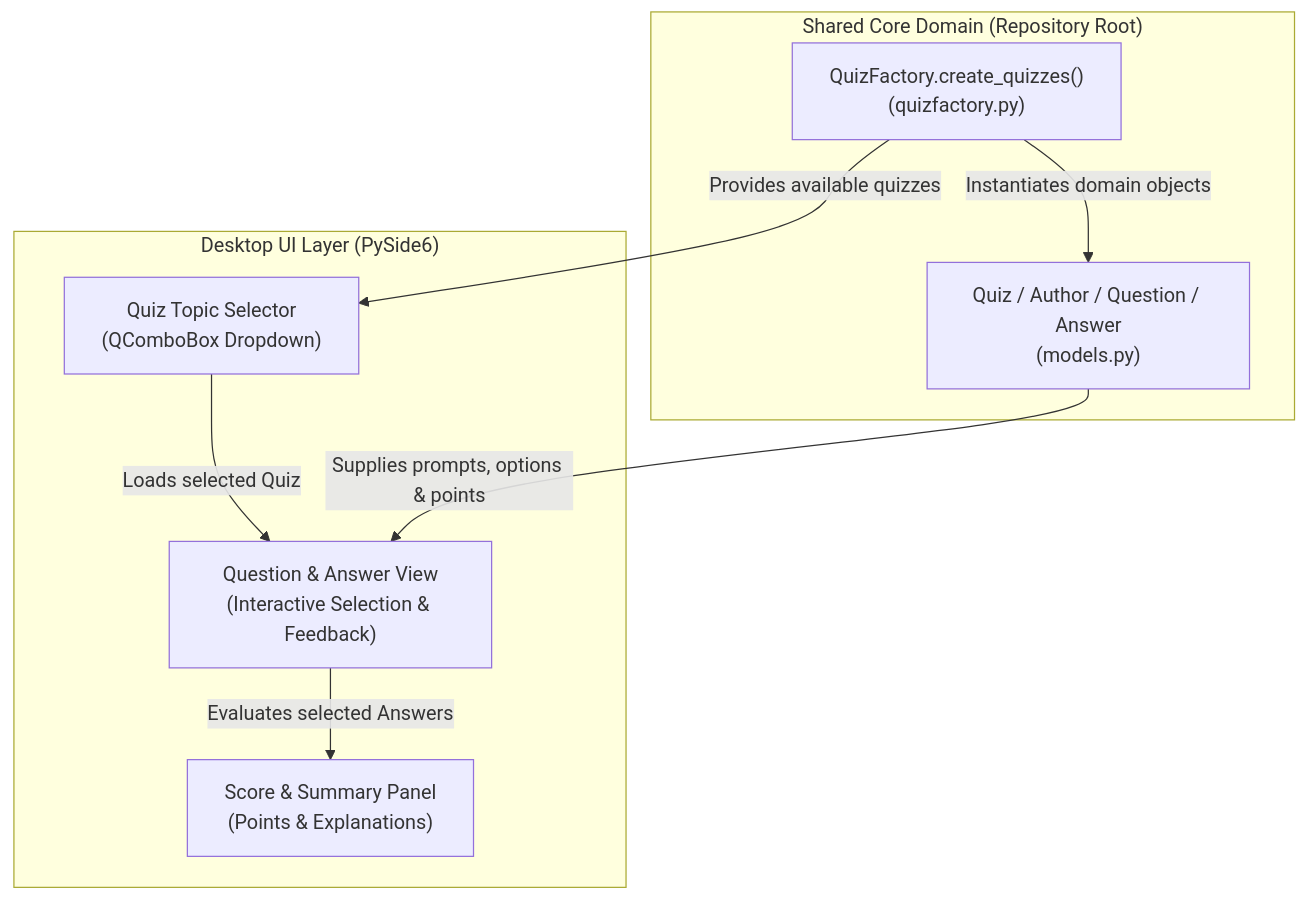
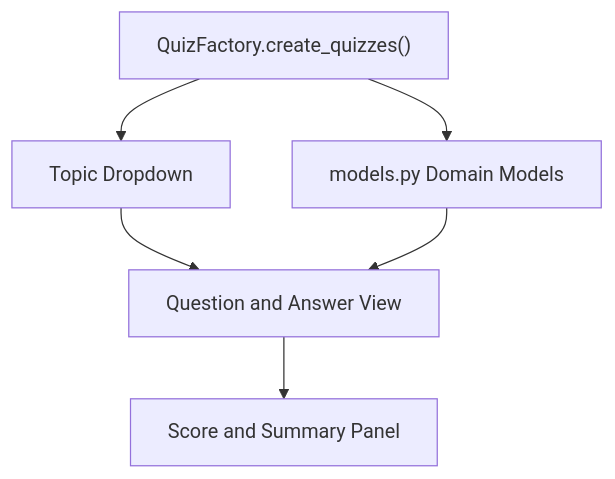
The second of 2 diagrams in readme.md (genericWorker/quiz_project), drawn with Mermaid before and after one commit. The commit also changed other lines of this file and 3 other files, not shown here.

````diff
--- a/readme.md
+++ b/readme.md
@@ -145,19 +121,8 @@
 ```mermaid
 flowchart TB
-    subgraph UI["Desktop UI Layer (PySide6)"]
-        SELECTOR["Quiz Topic Selector<br/>(QComboBox Dropdown)"]
-        VIEW["Question & Answer View<br/>(Interactive Selection & Feedback)"]
-        SCORE["Score & Summary Panel<br/>(Points & Explanations)"]
-    end
-
-    subgraph DOMAIN["Shared Core Domain (Repository Root)"]
-        FACTORY["QuizFactory.create_quizzes()<br/>(quizfactory.py)"]
-        MODELS["Quiz / Author / Question / Answer<br/>(models.py)"]
-    end
-
-    FACTORY -->|"Instantiates domain objects"| MODELS
-    FACTORY -->|"Provides available quizzes"| SELECTOR
-    SELECTOR -->|"Loads selected Quiz"| VIEW
-    VIEW -->|"Evaluates selected Answers"| SCORE
-    MODELS -->|"Supplies prompts, options & points"| VIEW
+    FACTORY["QuizFactory.create_quizzes()"] --> MODELS["models.py Domain Models"]
+    FACTORY --> SELECTOR["Topic Dropdown"]
+    SELECTOR --> VIEW["Question and Answer View"]
+    VIEW --> SCORE["Score and Summary Panel"]
+    MODELS --> VIEW
 ```
````
